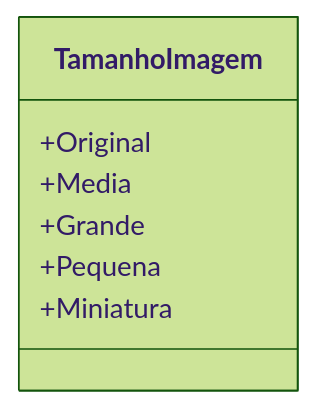
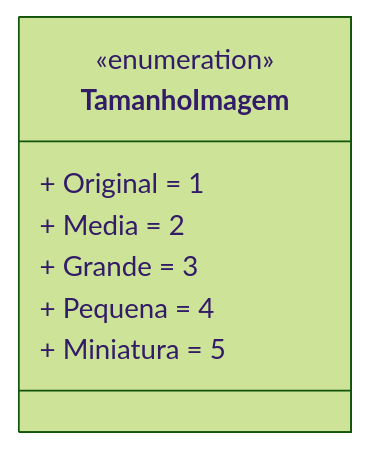
The diagram in docs/b2b-dominio/IsthmusWinthor.Nucleo/IsthmusWinthor.Dominio/Enumeradores/TamanhoImagem.md (IsthmusSistemas/documentacao-tecnica), drawn with Mermaid (forest theme) before and after one commit. The commit also changed other lines of this file and 882 other files, not shown here.

````diff
--- a/docs/b2b-dominio/IsthmusWinthor.Nucleo/IsthmusWinthor.Dominio/Enumeradores/TamanhoImagem.md
+++ b/docs/b2b-dominio/IsthmusWinthor.Nucleo/IsthmusWinthor.Dominio/Enumeradores/TamanhoImagem.md
@@ -17,10 +12,11 @@
 ```mermaid
 classDiagram
     class TamanhoImagem {
-        +Original
-        +Media
-        +Grande
-        +Pequena
-        +Miniatura
+        <<enumeration>>
+        + Original = 1
+        + Media = 2
+        + Grande = 3
+        + Pequena = 4
+        + Miniatura = 5
     }
 ```
````
